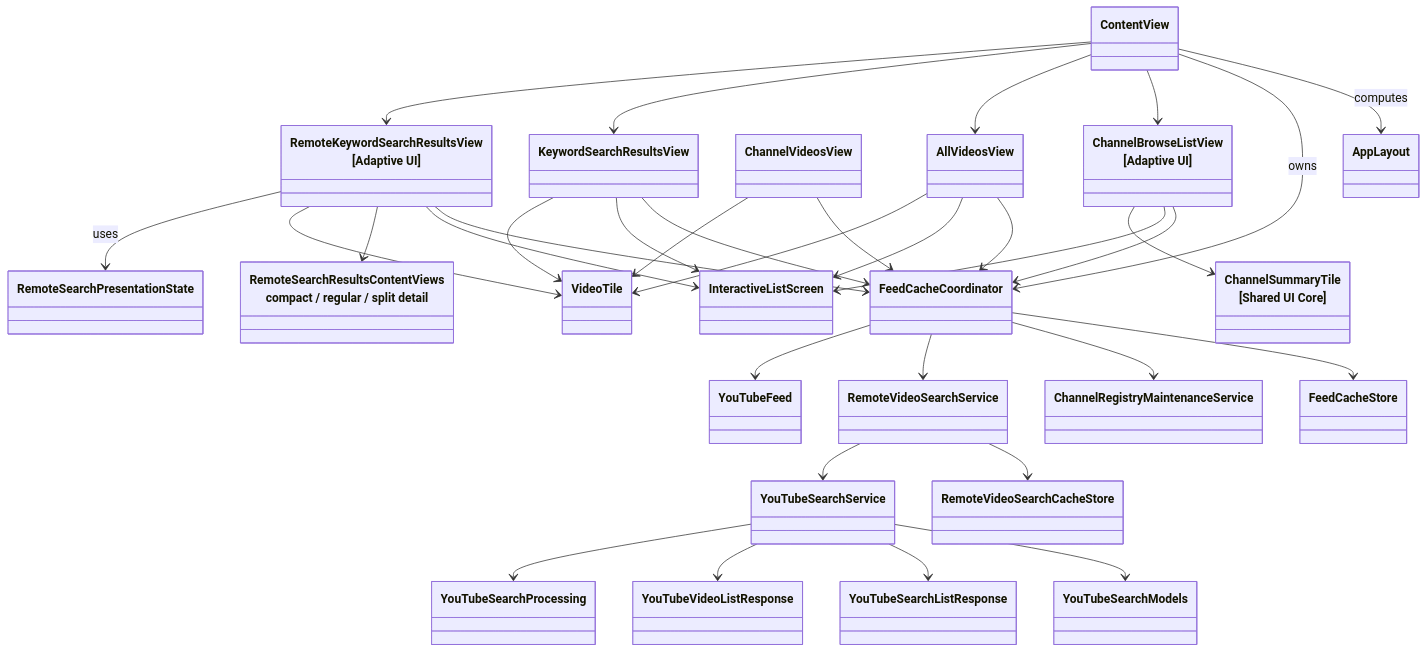
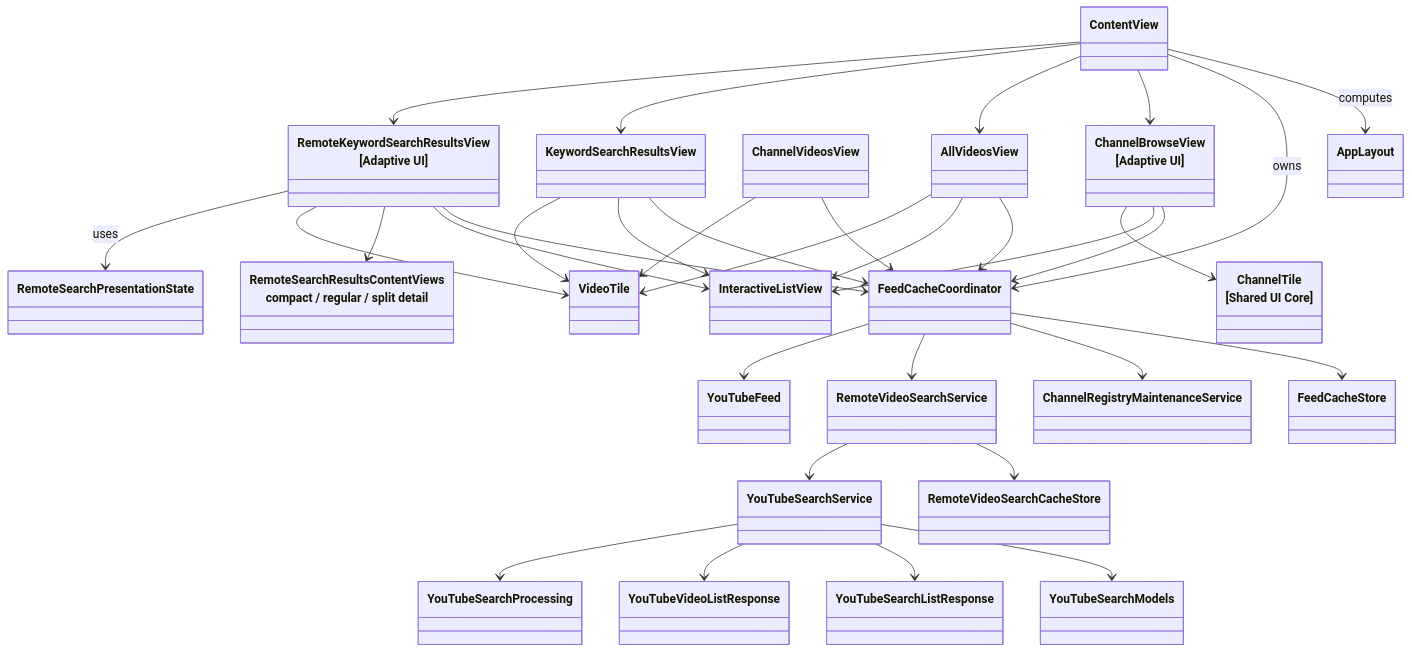
Before and after one commit to horikuma/YoutubeFeeder: the second of 4 diagrams in docs/human-view/design-overview.md, drawn with Mermaid. The commit also changed other lines of this file and 11 other files, not shown here.

````diff
--- a/docs/human-view/design-overview.md
+++ b/docs/human-view/design-overview.md
@@ -21,63 +21,63 @@
 ```mermaid
 classDiagram
     class ContentView
     class AppLayout
     class FeedCacheCoordinator
-    class ChannelBrowseListView["ChannelBrowseListView<br/>[Adaptive UI]"]
+    class ChannelBrowseView["ChannelBrowseView<br/>[Adaptive UI]"]
     class ChannelVideosView
     class AllVideosView
     class KeywordSearchResultsView
     class RemoteKeywordSearchResultsView["RemoteKeywordSearchResultsView<br/>[Adaptive UI]"]
     class RemoteSearchResultsContentViews["RemoteSearchResultsContentViews<br/>compact / regular / split detail"]
-    class InteractiveListScreen
-    class ChannelSummaryTile["ChannelSummaryTile<br/>[Shared UI Core]"]
+    class InteractiveListView
+    class ChannelTile["ChannelTile<br/>[Shared UI Core]"]
     class VideoTile
     class FeedCacheStore
     class ChannelRegistryMaintenanceService
     class RemoteVideoSearchService
     class RemoteVideoSearchCacheStore
     class YouTubeFeed
     class YouTubeSearchService
     class YouTubeSearchModels
     class YouTubeSearchListResponse
     class YouTubeVideoListResponse
     class YouTubeSearchProcessing
     class RemoteSearchPresentationState
 
     ContentView --> AppLayout : computes
     ContentView --> FeedCacheCoordinator : owns
-    ContentView --> ChannelBrowseListView
+    ContentView --> ChannelBrowseView
     ContentView --> AllVideosView
     ContentView --> KeywordSearchResultsView
     ContentView --> RemoteKeywordSearchResultsView
 
-    ChannelBrowseListView --> FeedCacheCoordinator
+    ChannelBrowseView --> FeedCacheCoordinator
     ChannelVideosView --> FeedCacheCoordinator
     AllVideosView --> FeedCacheCoordinator
     KeywordSearchResultsView --> FeedCacheCoordinator
     RemoteKeywordSearchResultsView --> FeedCacheCoordinator
 
-    ChannelBrowseListView --> InteractiveListScreen
-    RemoteKeywordSearchResultsView --> InteractiveListScreen
+    ChannelBrowseView --> InteractiveListView
+    RemoteKeywordSearchResultsView --> InteractiveListView
     RemoteKeywordSearchResultsView --> RemoteSearchResultsContentViews
-    AllVideosView --> InteractiveListScreen
-    KeywordSearchResultsView --> InteractiveListScreen
+    AllVideosView --> InteractiveListView
+    KeywordSearchResultsView --> InteractiveListView
     ChannelVideosView --> VideoTile
     AllVideosView --> VideoTile
     KeywordSearchResultsView --> VideoTile
     RemoteKeywordSearchResultsView --> VideoTile
-    ChannelBrowseListView --> ChannelSummaryTile
+    ChannelBrowseView --> ChannelTile
 
     FeedCacheCoordinator --> FeedCacheStore
     FeedCacheCoordinator --> ChannelRegistryMaintenanceService
     FeedCacheCoordinator --> RemoteVideoSearchService
     RemoteVideoSearchService --> RemoteVideoSearchCacheStore
     RemoteVideoSearchService --> YouTubeSearchService
     FeedCacheCoordinator --> YouTubeFeed
     YouTubeSearchService --> YouTubeSearchModels
     YouTubeSearchService --> YouTubeSearchListResponse
     YouTubeSearchService --> YouTubeVideoListResponse
     YouTubeSearchService --> YouTubeSearchProcessing
 
     RemoteKeywordSearchResultsView --> RemoteSearchPresentationState : uses
 ```
````
